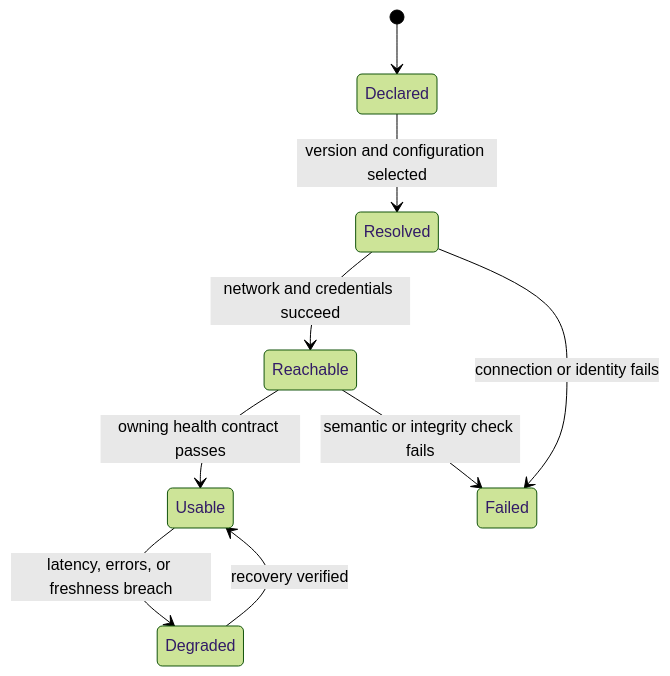
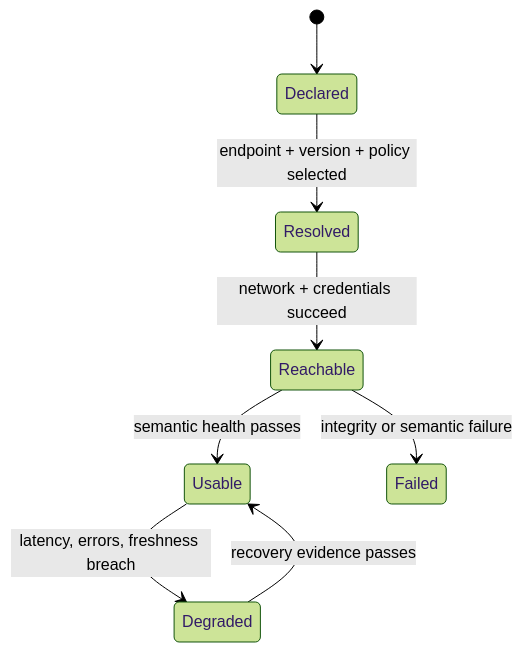
One commit to bijux/bijux-atlas changed the second of 2 diagrams in docs/bijux-atlas-ops/stack/dependency-graph.md. Above: the diagram before and after it, drawn with Mermaid (forest theme). The commit also changed other lines of this file and 1 other file, not shown here.

````diff
--- a/docs/bijux-atlas-ops/stack/dependency-graph.md
+++ b/docs/bijux-atlas-ops/stack/dependency-graph.md
@@ -118,11 +56,10 @@
 ```mermaid
 stateDiagram-v2
     [*] --> Declared
-    Declared --> Resolved: version and configuration selected
-    Resolved --> Reachable: network and credentials succeed
-    Reachable --> Usable: owning health contract passes
-    Usable --> Degraded: latency, errors, or freshness breach
-    Degraded --> Usable: recovery verified
-    Reachable --> Failed: semantic or integrity check fails
-    Resolved --> Failed: connection or identity fails
+    Declared --> Resolved: endpoint + version + policy selected
+    Resolved --> Reachable: network + credentials succeed
+    Reachable --> Usable: semantic health passes
+    Usable --> Degraded: latency, errors, freshness breach
+    Degraded --> Usable: recovery evidence passes
+    Reachable --> Failed: integrity or semantic failure
 ```
````
